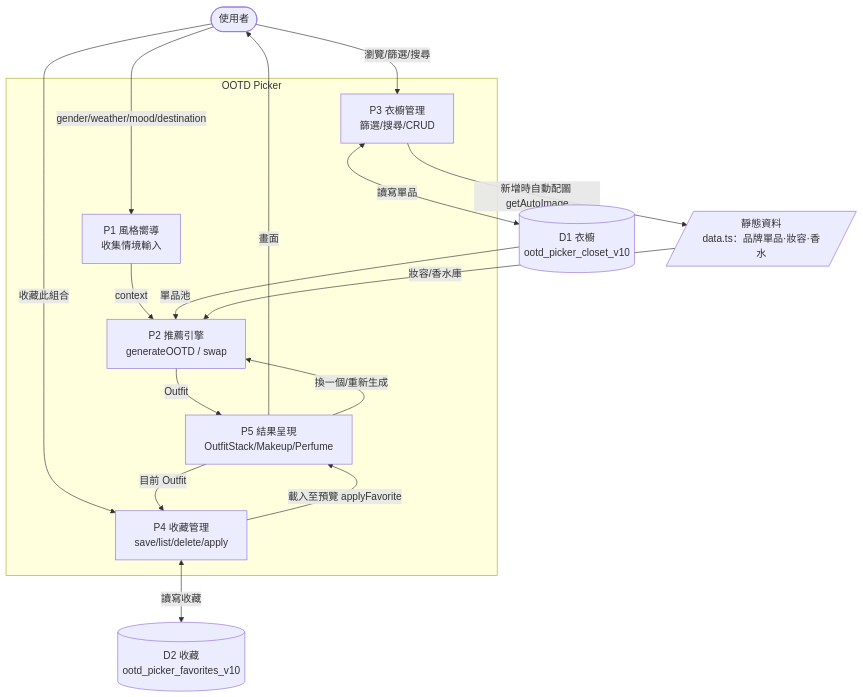
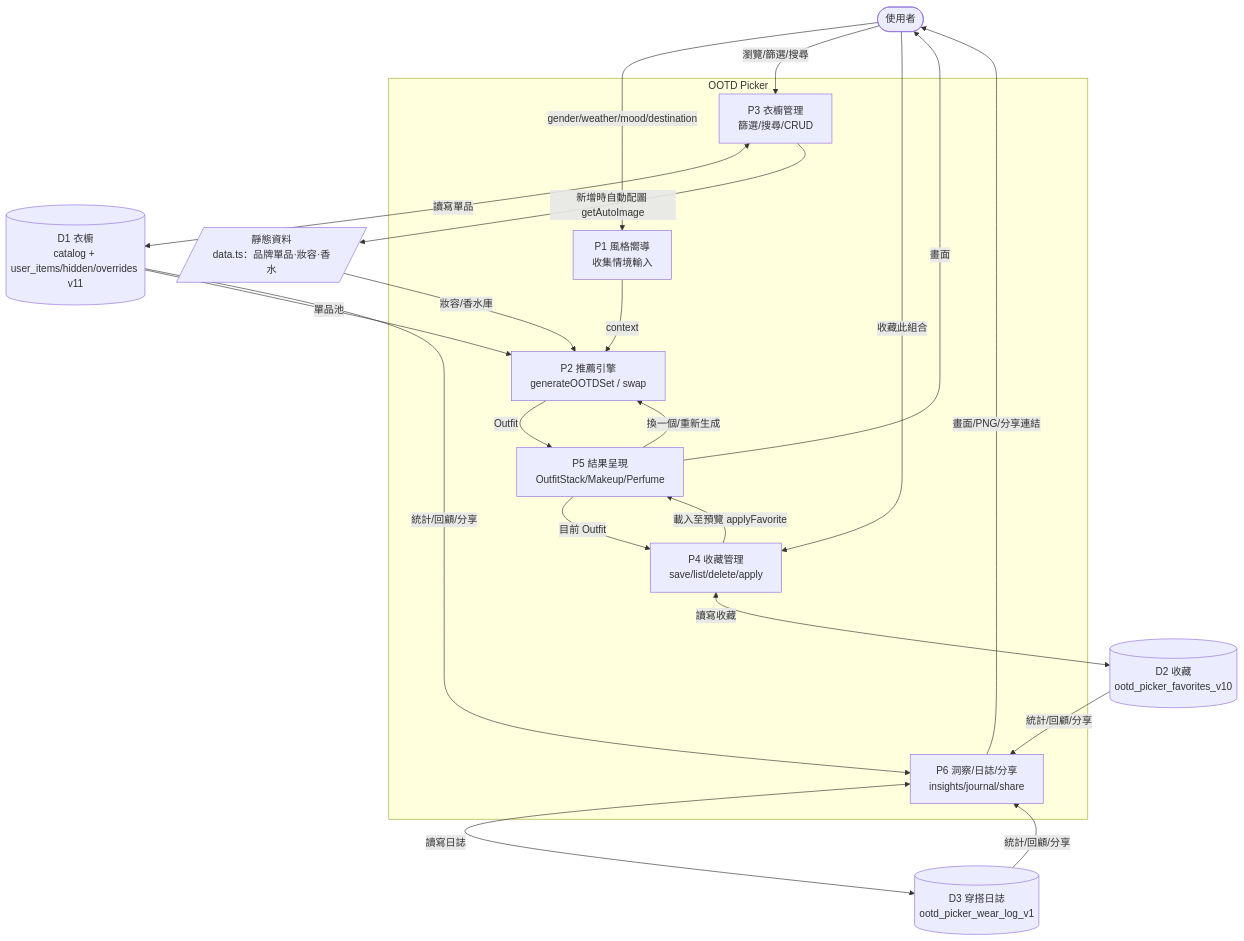
One commit to HACO8888/ootd-picker changed the second of 3 diagrams in DFD.md. Above: the diagram before and after it, drawn with Mermaid. The commit also changed other lines of this file and 8 other files, not shown here.

````diff
--- a/DFD.md
+++ b/DFD.md
@@ -30,33 +30,38 @@
 ```mermaid
 flowchart TD
     U([使用者])
 
     subgraph APP[OOTD Picker]
         P1[P1 風格嚮導<br/>收集情境輸入]
-        P2[P2 推薦引擎<br/>generateOOTD / swap]
+        P2[P2 推薦引擎<br/>generateOOTDSet / swap]
         P3[P3 衣櫥管理<br/>篩選/搜尋/CRUD]
         P4[P4 收藏管理<br/>save/list/delete/apply]
         P5[P5 結果呈現<br/>OutfitStack/Makeup/Perfume]
+        P6[P6 洞察/日誌/分享<br/>insights/journal/share]
     end
 
-    D1[(D1 衣櫥<br/>ootd_picker_closet_v10)]
+    D1[(D1 衣櫥<br/>catalog + user_items/hidden/overrides v11)]
     D2[(D2 收藏<br/>ootd_picker_favorites_v10)]
+    D3[(D3 穿搭日誌<br/>ootd_picker_wear_log_v1)]
     CAT[/靜態資料<br/>data.ts：品牌單品·妝容·香水/]
 
     U -->|gender/weather/mood/destination| P1
     P1 -->|context| P2
     D1 -->|單品池| P2
     CAT -->|妝容/香水庫| P2
     P2 -->|Outfit| P5
     P5 -->|畫面| U
     P5 -->|換一個/重新生成| P2
 
     U -->|瀏覽/篩選/搜尋| P3
     P3 <-->|讀寫單品| D1
     P3 -->|新增時自動配圖 getAutoImage| CAT
 
     U -->|收藏此組合| P4
     P5 -->|目前 Outfit| P4
     P4 <-->|讀寫收藏| D2
     P4 -->|載入至預覽 applyFavorite| P5
+    D1 & D2 & D3 -->|統計/回顧/分享| P6
+    P6 -->|畫面/PNG/分享連結| U
+    P6 <-->|讀寫日誌| D3
 ```
````
